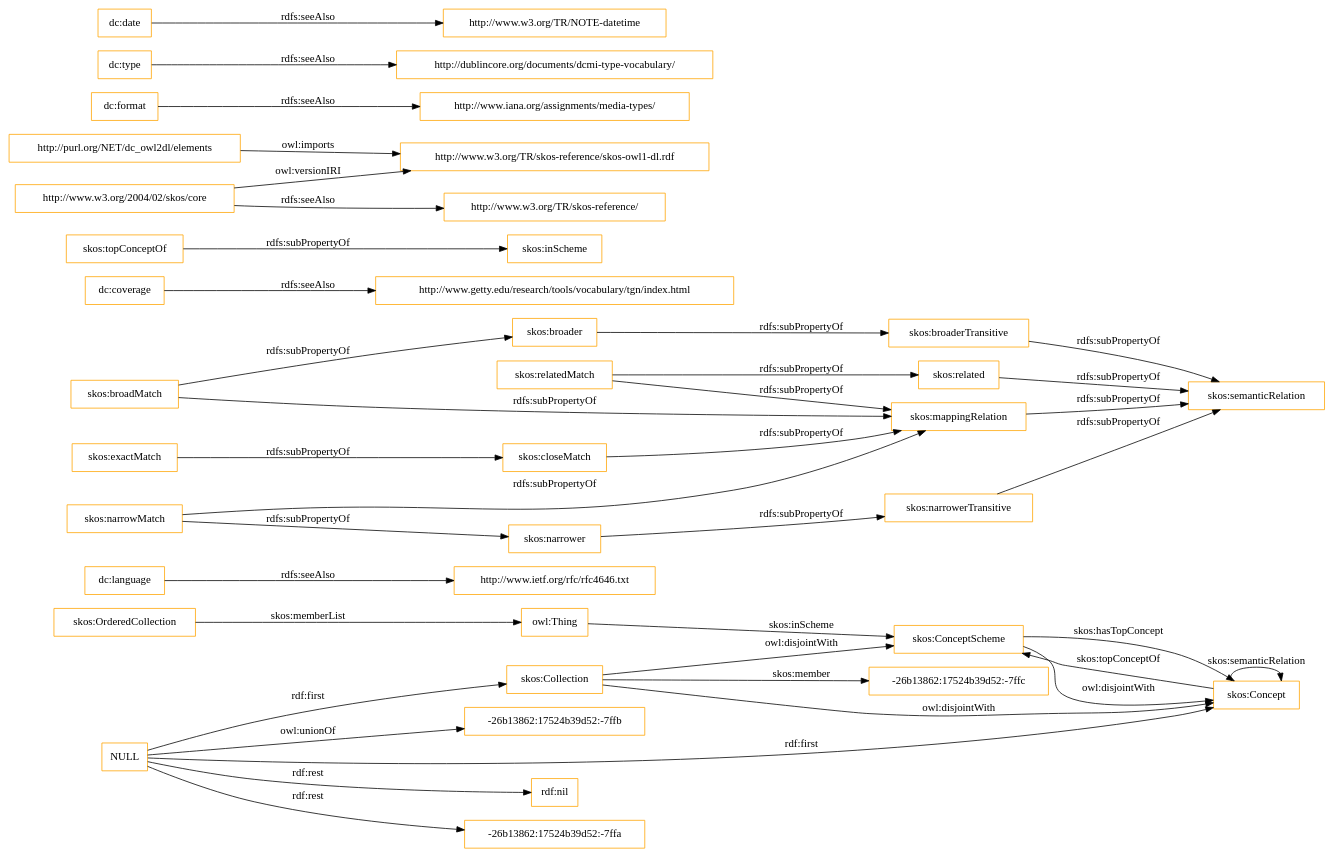
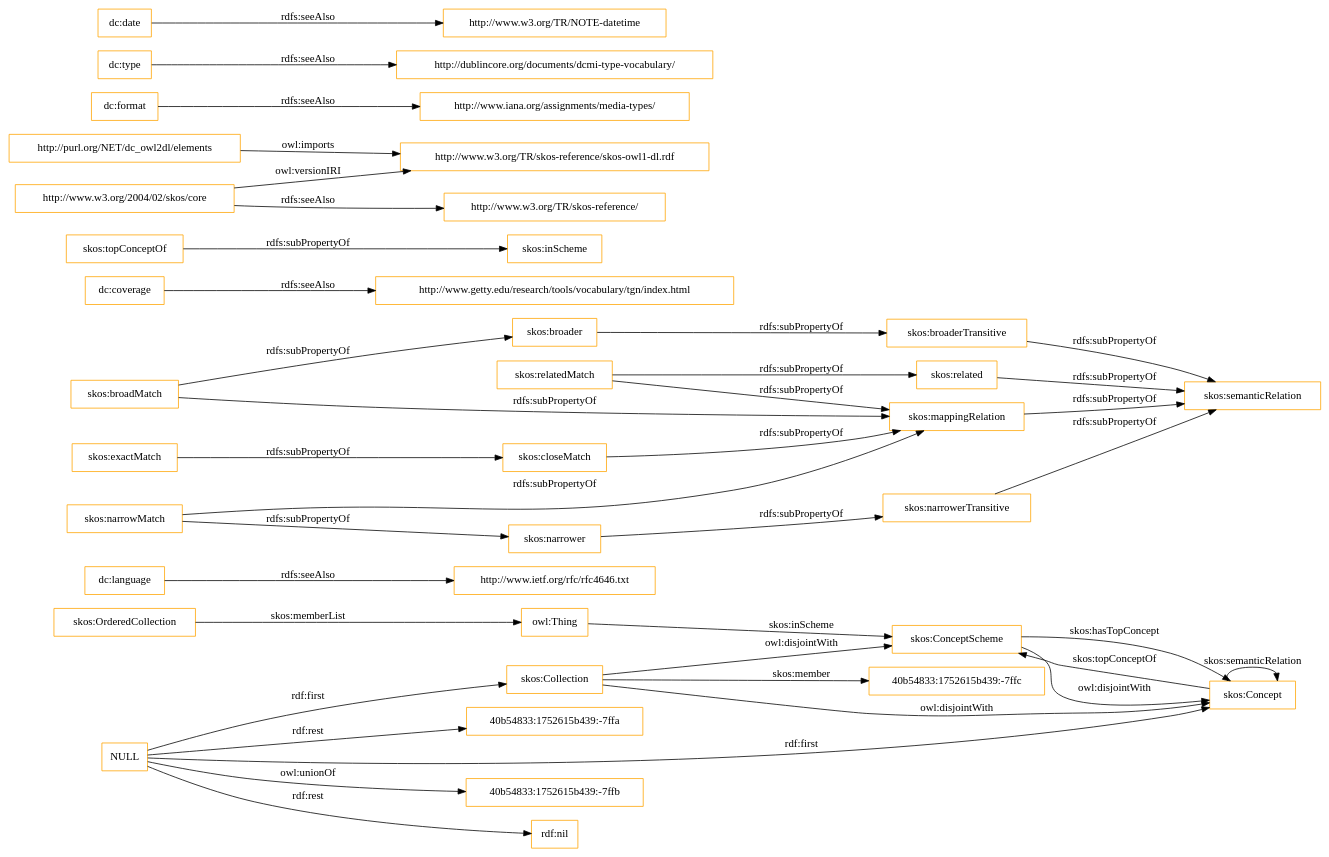
The diagram in OnToology/imports/elements.owl/diagrams/ar2dtool-class/elements.owl.png.dot (OnToologyUser/core-ontology-1), drawn with Graphviz before and after one commit. The commit also changed 14 other files, not shown here.

```diff
--- a/OnToology/imports/elements.owl/diagrams/ar2dtool-class/elements.owl.png.dot
+++ b/OnToology/imports/elements.owl/diagrams/ar2dtool-class/elements.owl.png.dot
@@ -1,43 +1,43 @@
 digraph ar2dtool_diagram { 
 rankdir=LR;
 size="1501"
-node [shape = rectangle, color="orange"]; "-26b13862:17524b39d52:-7ffc" "skos:OrderedCollection" "skos:Collection" "skos:ConceptScheme" "skos:Concept" ; /*classes style*/
+node [shape = rectangle, color="orange"]; "40b54833:1752615b439:-7ffc" "skos:OrderedCollection" "skos:Collection" "skos:ConceptScheme" "skos:Concept" ; /*classes style*/
 	"dc:language" -> "http://www.ietf.org/rfc/rfc4646.txt" [ label = "rdfs:seeAlso" ];
+	"NULL" -> "40b54833:1752615b439:-7ffb" [ label = "owl:unionOf" ];
 	"NULL" -> "rdf:nil" [ label = "rdf:rest" ];
 	"NULL" -> "skos:Collection" [ label = "rdf:first" ];
-	"NULL" -> "-26b13862:17524b39d52:-7ffa" [ label = "rdf:rest" ];
+	"NULL" -> "40b54833:1752615b439:-7ffa" [ label = "rdf:rest" ];
 	"NULL" -> "skos:Concept" [ label = "rdf:first" ];
-	"NULL" -> "-26b13862:17524b39d52:-7ffb" [ label = "owl:unionOf" ];
 	"skos:closeMatch" -> "skos:mappingRelation" [ label = "rdfs:subPropertyOf" ];
 	"dc:coverage" -> "http://www.getty.edu/research/tools/vocabulary/tgn/index.html" [ label = "rdfs:seeAlso" ];
 	"skos:relatedMatch" -> "skos:related" [ label = "rdfs:subPropertyOf" ];
 	"skos:relatedMatch" -> "skos:mappingRelation" [ label = "rdfs:subPropertyOf" ];
 	"skos:ConceptScheme" -> "skos:Concept" [ label = "owl:disjointWith" ];
 	"skos:related" -> "skos:semanticRelation" [ label = "rdfs:subPropertyOf" ];
 	"skos:topConceptOf" -> "skos:inScheme" [ label = "rdfs:subPropertyOf" ];
 	"skos:broadMatch" -> "skos:broader" [ label = "rdfs:subPropertyOf" ];
 	"skos:broadMatch" -> "skos:mappingRelation" [ label = "rdfs:subPropertyOf" ];
 	"http://purl.org/NET/dc_owl2dl/elements" -> "http://www.w3.org/TR/skos-reference/skos-owl1-dl.rdf" [ label = "owl:imports" ];
 	"skos:exactMatch" -> "skos:closeMatch" [ label = "rdfs:subPropertyOf" ];
 	"dc:format" -> "http://www.iana.org/assignments/media-types/" [ label = "rdfs:seeAlso" ];
 	"skos:broaderTransitive" -> "skos:semanticRelation" [ label = "rdfs:subPropertyOf" ];
 	"dc:type" -> "http://dublincore.org/documents/dcmi-type-vocabulary/" [ label = "rdfs:seeAlso" ];
 	"skos:broader" -> "skos:broaderTransitive" [ label = "rdfs:subPropertyOf" ];
 	"skos:mappingRelation" -> "skos:semanticRelation" [ label = "rdfs:subPropertyOf" ];
 	"http://www.w3.org/2004/02/skos/core" -> "http://www.w3.org/TR/skos-reference/skos-owl1-dl.rdf" [ label = "owl:versionIRI" ];
 	"http://www.w3.org/2004/02/skos/core" -> "http://www.w3.org/TR/skos-reference/" [ label = "rdfs:seeAlso" ];
 	"skos:Collection" -> "skos:ConceptScheme" [ label = "owl:disjointWith" ];
 	"skos:Collection" -> "skos:Concept" [ label = "owl:disjointWith" ];
 	"skos:narrowMatch" -> "skos:narrower" [ label = "rdfs:subPropertyOf" ];
 	"skos:narrowMatch" -> "skos:mappingRelation" [ label = "rdfs:subPropertyOf" ];
 	"skos:narrower" -> "skos:narrowerTransitive" [ label = "rdfs:subPropertyOf" ];
 	"dc:date" -> "http://www.w3.org/TR/NOTE-datetime" [ label = "rdfs:seeAlso" ];
 	"skos:narrowerTransitive" -> "skos:semanticRelation" [ label = "rdfs:subPropertyOf" ];
 	"skos:OrderedCollection" -> "owl:Thing" [ label = "skos:memberList" ];
 	"skos:Concept" -> "skos:ConceptScheme" [ label = "skos:topConceptOf" ];
 	"skos:Concept" -> "skos:Concept" [ label = "skos:semanticRelation" ];
-	"skos:Collection" -> "-26b13862:17524b39d52:-7ffc" [ label = "skos:member" ];
+	"skos:Collection" -> "40b54833:1752615b439:-7ffc" [ label = "skos:member" ];
 	"skos:ConceptScheme" -> "skos:Concept" [ label = "skos:hasTopConcept" ];
 	"owl:Thing" -> "skos:ConceptScheme" [ label = "skos:inScheme" ];
 
 }
```
